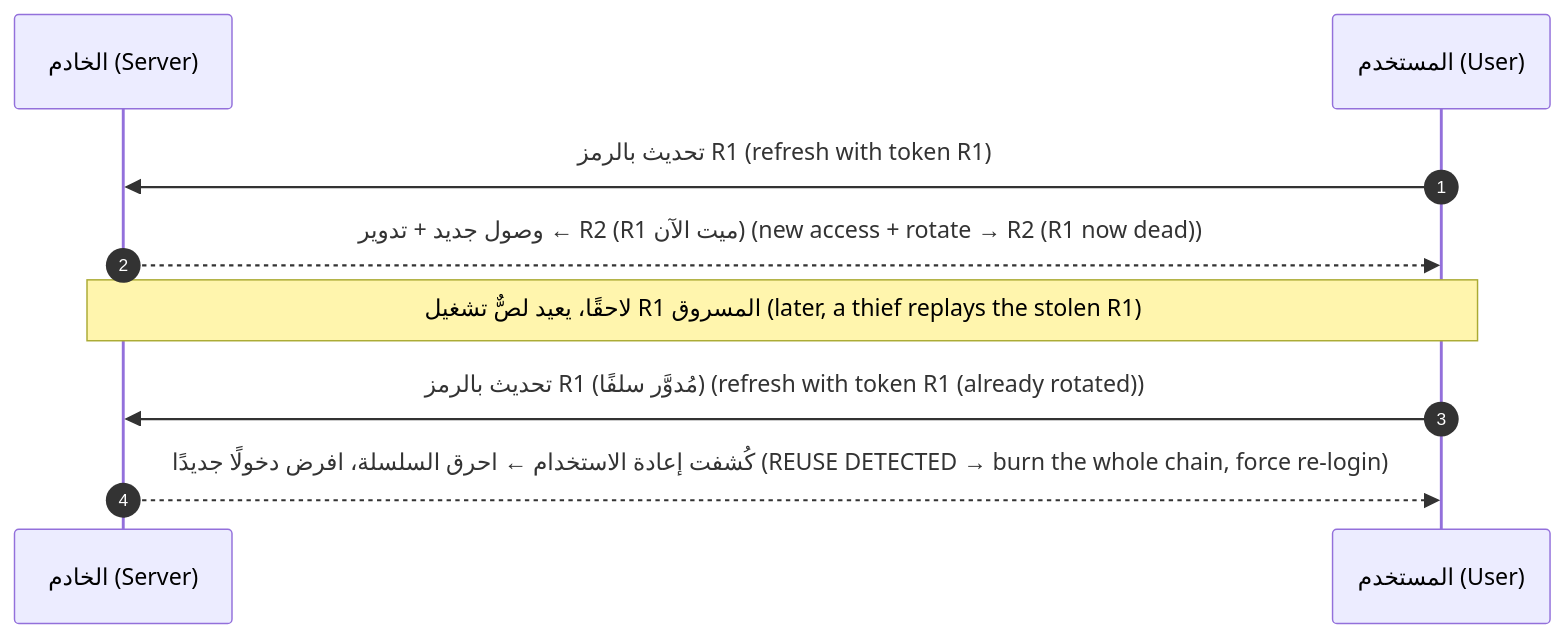
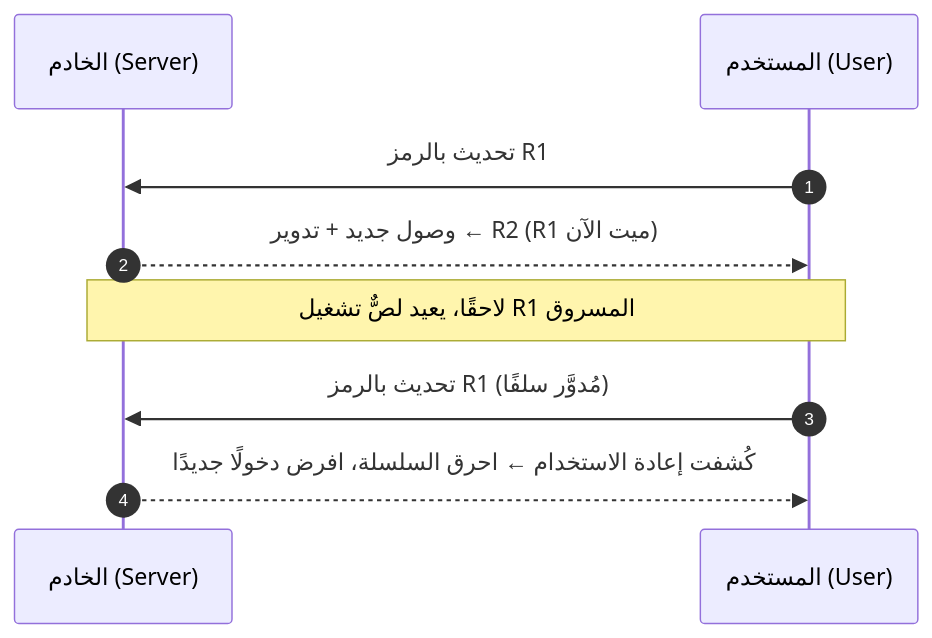
The third of 7 diagrams in modules/05-users-abuse/module.ar.md (Tamoura/system-design-for-vibe-coders), drawn with Mermaid before and after one commit. The commit also changed other lines of this file and 551 other files, not shown here.

````diff
--- a/modules/05-users-abuse/module.ar.md
+++ b/modules/05-users-abuse/module.ar.md
@@ -399,11 +399,11 @@
 ```mermaid
 sequenceDiagram
     autonumber
     participant S as الخادم (Server)
     participant U as المستخدم (User)
-    U->>S: تحديث بالرمز R1 (refresh with token R1)
-    S-->>U: وصول جديد + تدوير ← R2 (R1 ميت الآن) (new access + rotate → R2 (R1 now dead))
-    Note over U,S: لاحقًا، يعيد لصٌّ تشغيل R1 المسروق (later, a thief replays the stolen R1)
-    U->>S: تحديث بالرمز R1 (مُدوَّر سلفًا) (refresh with token R1 (already rotated))
-    S-->>U: كُشفت إعادة الاستخدام ← احرق السلسلة، افرض دخولًا جديدًا (REUSE DETECTED → burn the whole chain, force re-login)
+    U->>S: تحديث بالرمز R1
+    S-->>U: وصول جديد + تدوير ← R2 (R1 ميت الآن)
+    Note over U,S: لاحقًا، يعيد لصٌّ تشغيل R1 المسروق
+    U->>S: تحديث بالرمز R1 (مُدوَّر سلفًا)
+    S-->>U: كُشفت إعادة الاستخدام ← احرق السلسلة، افرض دخولًا جديدًا
 ```
````
